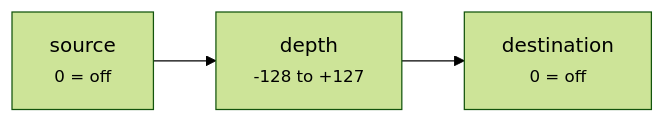
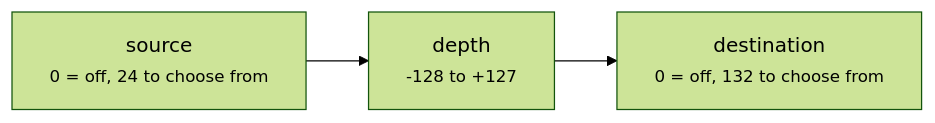
Before and after one commit to MysteriousWolf/deepmind-midi: the second of 3 diagrams in docs/midi-spec.md, drawn with Mermaid (forest theme). The commit also changed other lines of this file and 11 other files, not shown here.

````diff
--- a/docs/midi-spec.md
+++ b/docs/midi-spec.md
@@ -71,4 +70,7 @@
 ```mermaid
 flowchart LR
-    SRC["source<br><small>0 = off</small>"] --> DEPTH["depth<br><small>-128 to +127</small>"] --> DST["destination<br><small>0 = off</small>"]
+    SRC["source<br><small>0 = off, 24 to choose from</small>"]
+    DEPTH["depth<br><small>-128 to +127</small>"]
+    DST["destination<br><small>0 = off, 132 to choose from</small>"]
+    SRC --> DEPTH --> DST
 ```
````
